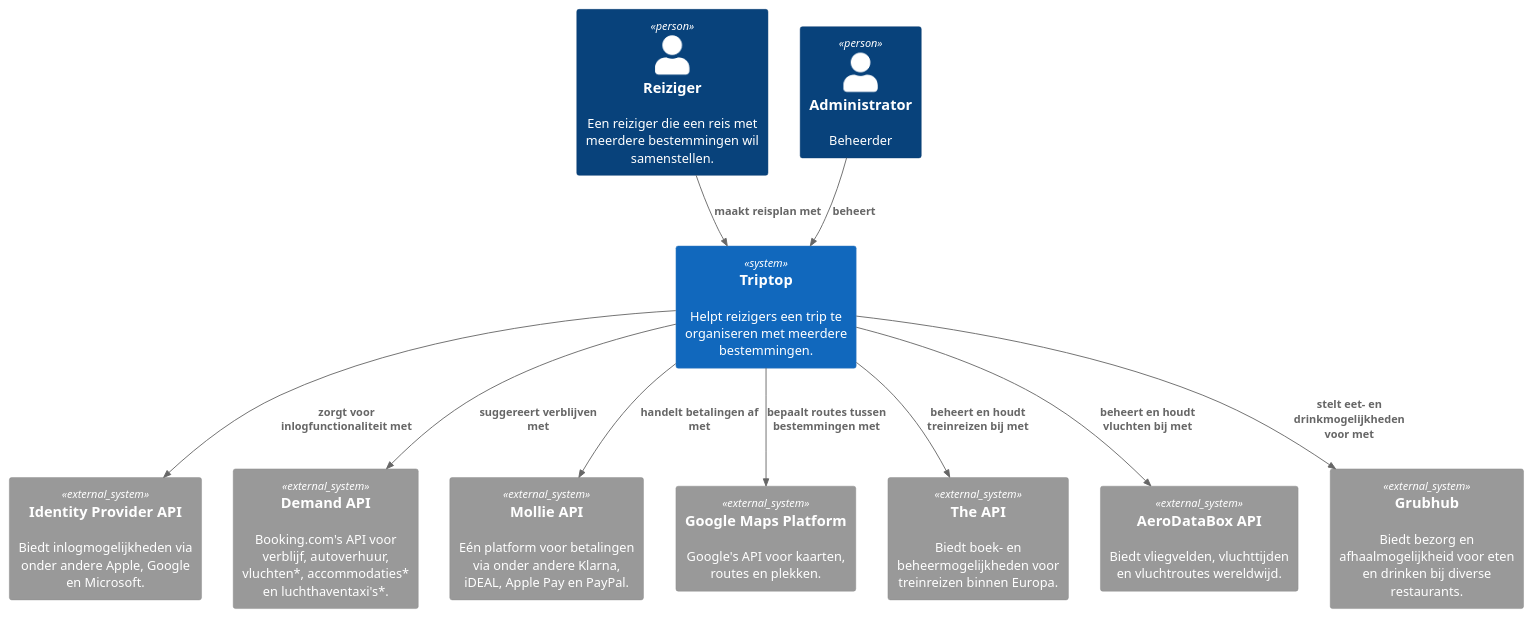
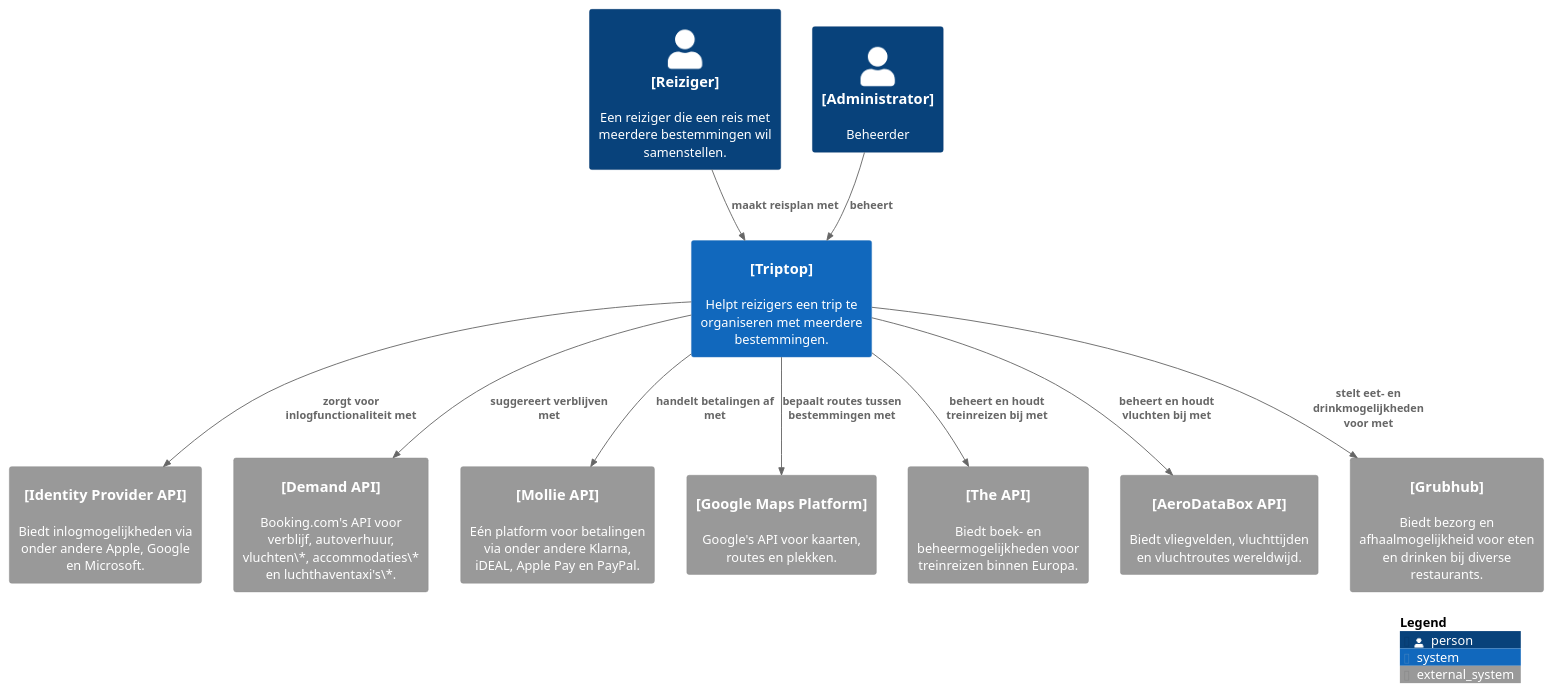
The diagram in context-diagram.puml (AIM-ENE-feb25/triptop-groep-b2), drawn with PlantUML before and after one commit. The commit also changed 4 other files, not shown here.

Commit message:
updated context and container diagram, + new ADR

```diff
--- a/context-diagram.puml
+++ b/context-diagram.puml
@@ -1,29 +1,38 @@
 @startuml C4_Elements
 !include https://raw.githubusercontent.com/plantuml-stdlib/C4-PlantUML/master/C4_Container.puml
 !include <C4/C4_Container>
 top to bottom direction
 
-Person(traveller, "Reiziger", "Een reiziger die een reis met meerdere bestemmingen wil samenstellen.")
-Person(admin, "Administrator", "Beheerder")
+skinparam {
+    rectangle {
+        StereotypeFontSize 0
+        StereotypeFontColor white
+    }
+}
 
-System(triptop, "Triptop", "Helpt reizigers een trip te organiseren met meerdere bestemmingen.")
+Person(traveller, "[Reiziger]", "Een reiziger die een reis met meerdere bestemmingen wil samenstellen.")
+Person(admin, "[Administrator]", "Beheerder")
 
-System_Ext(identity_provider_api, "Identity Provider API", "Biedt inlogmogelijkheden via onder andere Apple, Google en Microsoft.", $link="https://developer.okta.com/docs/api/openapi/okta-management/management/tag/IdentityProvider/")
-System_Ext(demand_api, "Demand API", "Booking.com's API voor verblijf, autoverhuur, vluchten*, accommodaties* en luchthaventaxi's*.", $link="https://developers.booking.com/demand/docs/open-api/demand-api")
-System_Ext(mollie_api, "Mollie API", "Eén platform voor betalingen via onder andere Klarna, iDEAL, Apple Pay en PayPal.", $link="https://www.mollie.com/nl/")
-System_Ext(google_maps_api, "Google Maps Platform", "Google's API voor kaarten, routes en plekken.", $link="https://developers.google.com/maps")
-System_Ext(all_aboard_api, "The API", "Biedt boek- en beheermogelijkheden voor treinreizen binnen Europa.", $link="https://allaboard.eu/api-solution")
-System_Ext(aeroDataBox_api, "AeroDataBox API", "Biedt vliegvelden, vluchttijden en vluchtroutes wereldwijd.", $link="https://rapidapi.com/aedbx-aedbx/api/aerodatabox")
-System_Ext(grubhub_api, "Grubhub", "Biedt bezorg en afhaalmogelijkheid voor eten en drinken bij diverse restaurants.", $link="https://www.grubhub.com/")
+System(triptop, "[Triptop]", "Helpt reizigers een trip te organiseren met meerdere bestemmingen.")
+
+System_Ext(identity_provider_api, "[Identity Provider API]", "Biedt inlogmogelijkheden via onder andere Apple, Google en Microsoft.", $link="https://developer.okta.com/docs/api/openapi/okta-management/management/tag/IdentityProvider/")
+System_Ext(demand_api, "[Demand API]", "Booking.com's API voor verblijf, autoverhuur, vluchten\*, accommodaties\* en luchthaventaxi's\*.", $link="https://developers.booking.com/demand/docs/open-api/demand-api")
+System_Ext(mollie_api, "[Mollie API]", "Eén platform voor betalingen via onder andere Klarna, iDEAL, Apple Pay en PayPal.", $link="https://www.mollie.com/nl/")
+System_Ext(google_maps_api, "[Google Maps Platform]", "Google's API voor kaarten, routes en plekken.", $link="https://developers.google.com/maps")
+System_Ext(all_aboard_api, "[The API]", "Biedt boek- en beheermogelijkheden voor treinreizen binnen Europa.", $link="https://allaboard.eu/api-solution")
+System_Ext(aeroDataBox_api, "[AeroDataBox API]", "Biedt vliegvelden, vluchttijden en vluchtroutes wereldwijd.", $link="https://rapidapi.com/aedbx-aedbx/api/aerodatabox")
+System_Ext(grubhub_api, "[Grubhub]", "Biedt bezorg en afhaalmogelijkheid voor eten en drinken bij diverse restaurants.", $link="https://www.grubhub.com/")
 
 Rel(traveller, triptop, "maakt reisplan met")
 Rel(admin, triptop, "beheert")
 
 Rel(triptop, identity_provider_api, "zorgt voor inlogfunctionaliteit met")
 Rel(triptop, demand_api, "suggereert verblijven met")
 Rel(triptop, mollie_api, "handelt betalingen af met")
 Rel(triptop, google_maps_api, "bepaalt routes tussen bestemmingen met")
 Rel(triptop, all_aboard_api, "beheert en houdt treinreizen bij met")
 Rel(triptop, aeroDataBox_api, "beheert en houdt vluchten bij met")
 Rel(triptop, grubhub_api, "stelt eet- en drinkmogelijkheden voor met")
+
+SHOW_LEGEND(TRUE)
 @enduml
```
